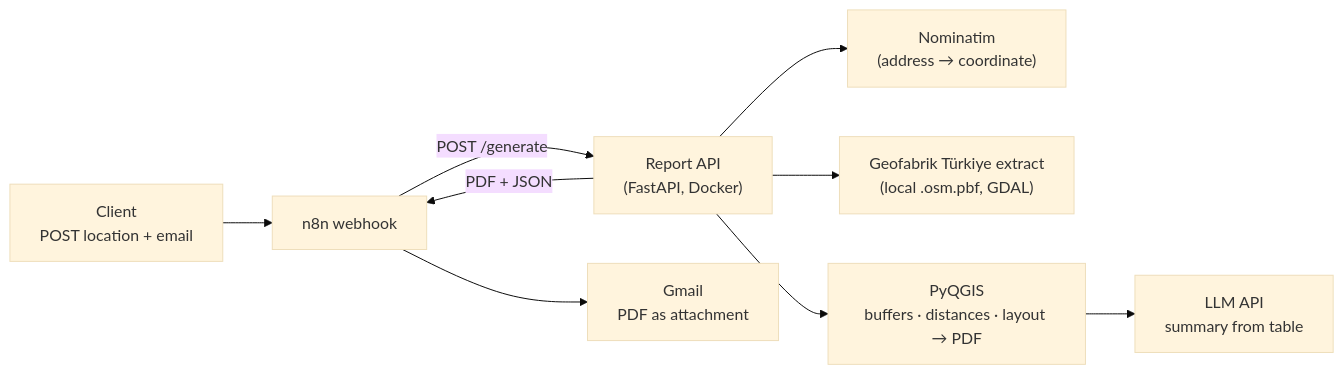
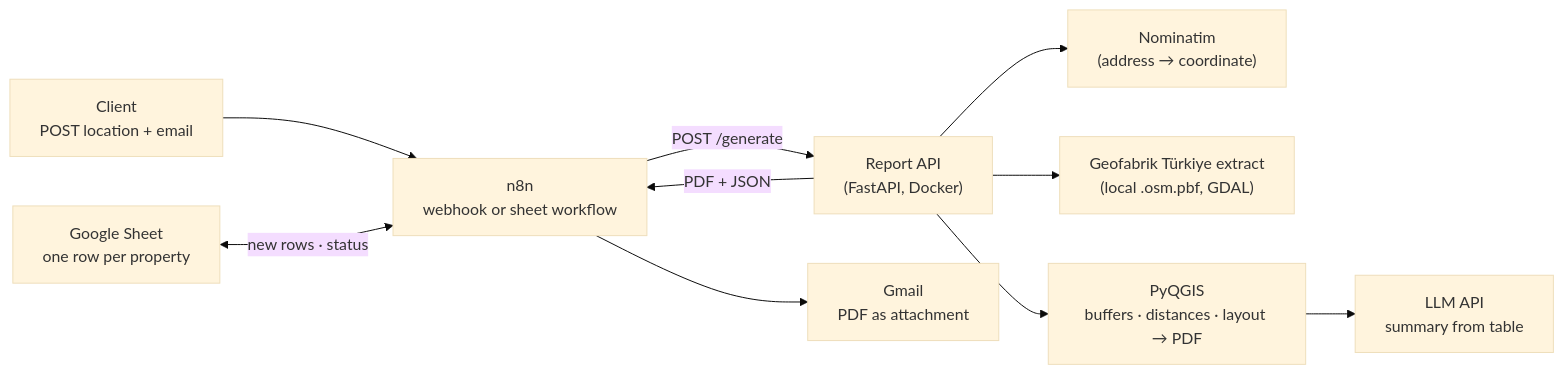
The diagram in README.md (Erdem-Atik/QGIS-Property-Report), drawn with Mermaid (base theme) before and after one commit. The commit also changed other lines of this file and 2 other files, not shown here.

First line of the commit message:
Add Google Sheet input workflow (phase 4d)

````diff
--- a/README.md
+++ b/README.md
@@ -40,11 +40,12 @@
 ```mermaid
 flowchart LR
-    A["Client<br/>POST location + email"] --> B["n8n webhook"]
+    A["Client<br/>POST location + email"] --> B["n8n<br/>webhook or sheet workflow"]
+    S["Google Sheet<br/>one row per property"] <-->|"new rows · status"| B
     B -->|"POST /generate"| C["Report API<br/>(FastAPI, Docker)"]
     C --> D["Nominatim<br/>(address → coordinate)"]
     C --> E["Geofabrik Türkiye extract<br/>(local .osm.pbf, GDAL)"]
     C --> F["PyQGIS<br/>buffers · distances · layout → PDF"]
     F --> G["LLM API<br/>summary from table"]
     C -->|"PDF + JSON"| B
     B --> H["Gmail<br/>PDF as attachment"]
 ```
````
